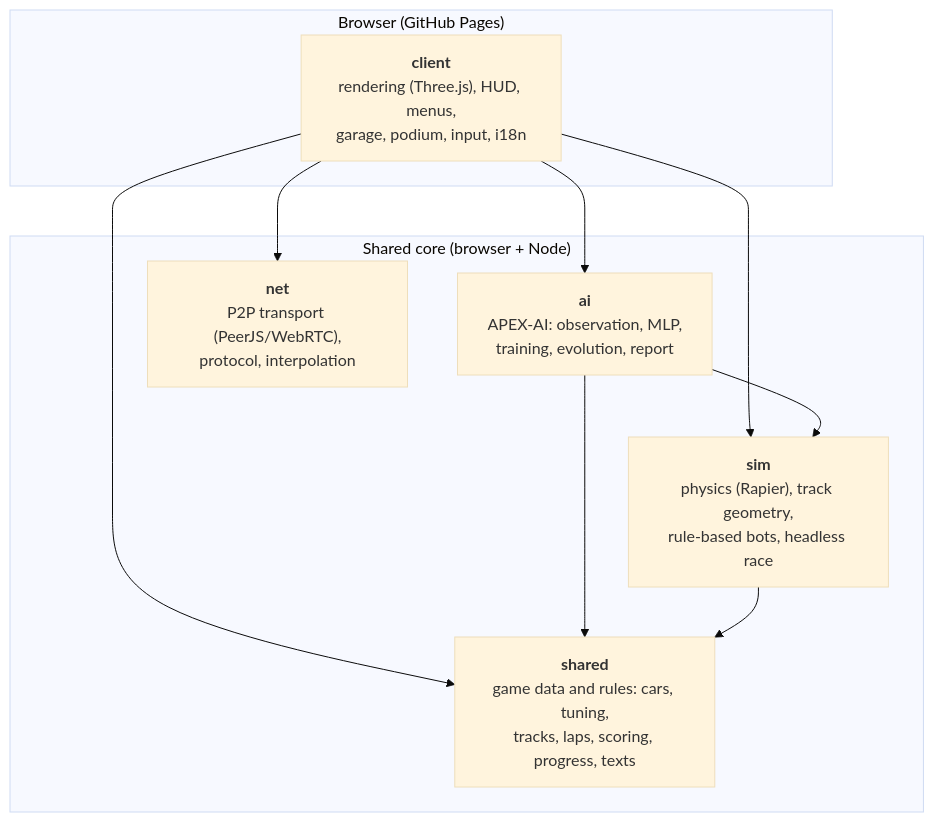
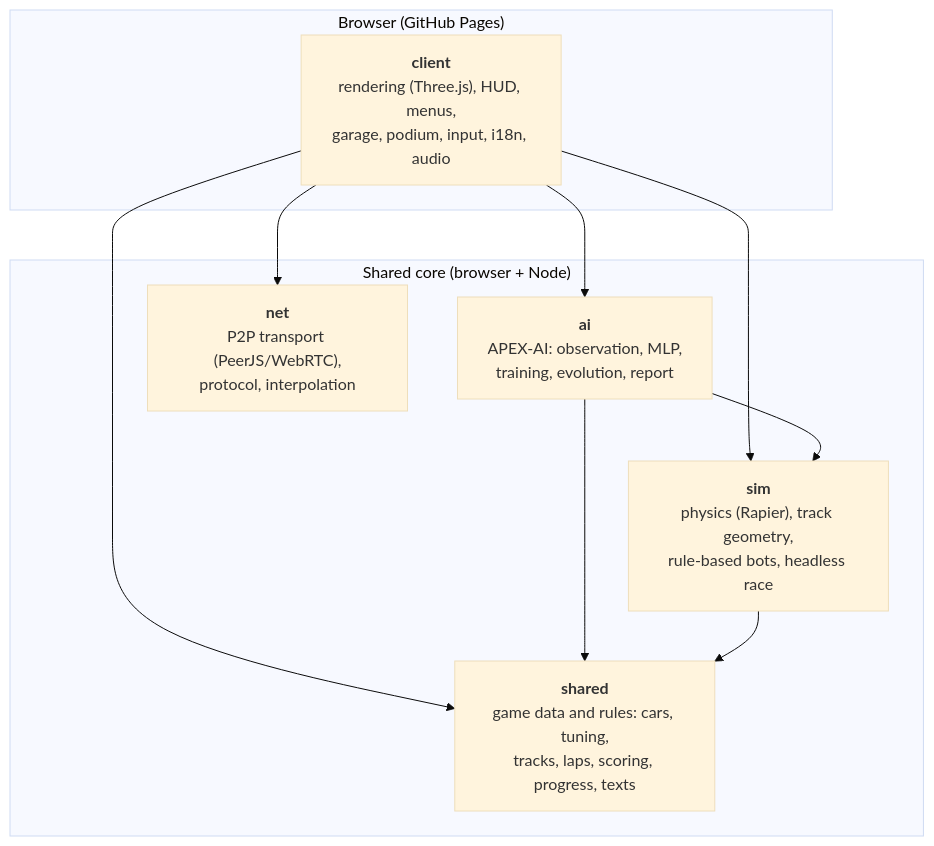
Before and after one commit to JoHendel/Race: the first of 5 diagrams in docs/architecture.md, drawn with Mermaid (base theme). The commit also changed other lines of this file and 15 other files, not shown here.

````diff
--- a/docs/architecture.md
+++ b/docs/architecture.md
@@ -7,19 +7,19 @@
 ```mermaid
 flowchart TB
   subgraph browser["Browser (GitHub Pages)"]
-    client["<b>client</b><br/>rendering (Three.js), HUD, menus,<br/>garage, podium, input, i18n"]
+    client["<b>client</b><br/>rendering (Three.js), HUD, menus,<br/>garage, podium, input, i18n, audio"]
   end
   subgraph core["Shared core (browser + Node)"]
     ai["<b>ai</b><br/>APEX-AI: observation, MLP,<br/>training, evolution, report"]
     sim["<b>sim</b><br/>physics (Rapier), track geometry,<br/>rule-based bots, headless race"]
     net["<b>net</b><br/>P2P transport (PeerJS/WebRTC),<br/>protocol, interpolation"]
     shared["<b>shared</b><br/>game data and rules: cars, tuning,<br/>tracks, laps, scoring, progress, texts"]
   end
   client --> ai
   client --> sim
   client --> net
   client --> shared
   ai --> sim
   ai --> shared
   sim --> shared
 ```
````
